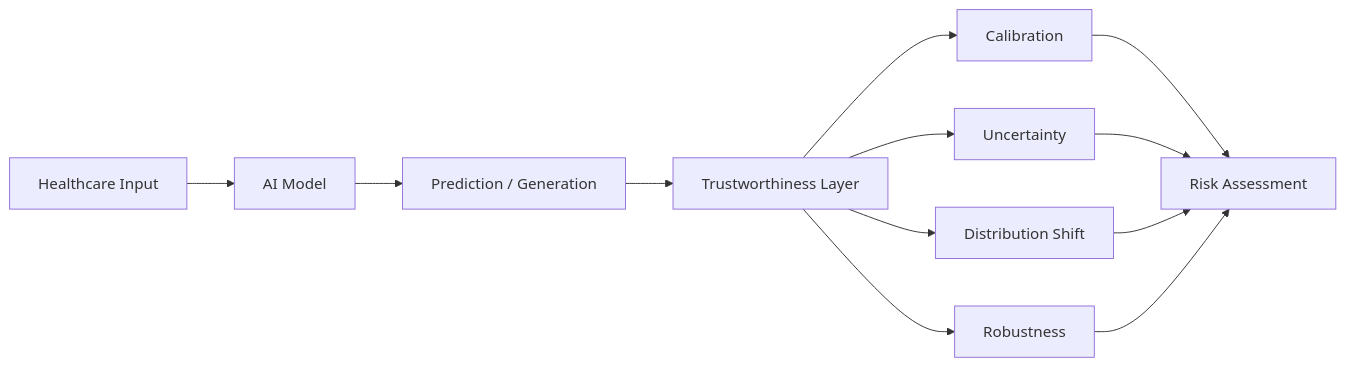
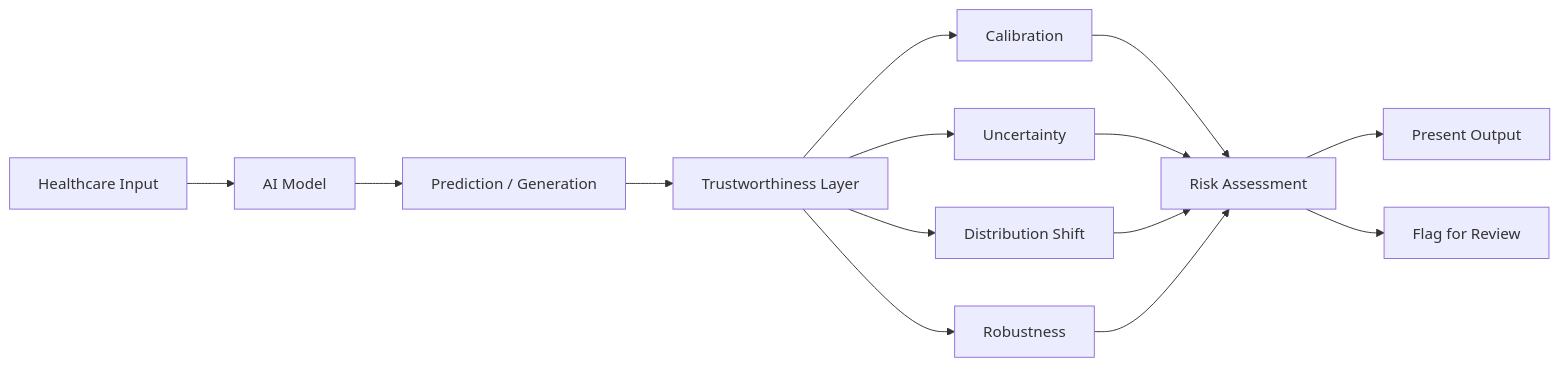
One commit to hammedfataio/trustworthy-healthcare-ai changed diagram 11 of 11 in docs/experiment_002_calibration.md. Above: the diagram before and after it, drawn with Mermaid. The commit also changed other lines of this file, not shown here.

````diff
--- a/docs/experiment_002_calibration.md
+++ b/docs/experiment_002_calibration.md
@@ -921,19 +955,22 @@
 ```mermaid
 flowchart LR
 
     INPUT["Healthcare Input"] --> MODEL["AI Model"]
 
     MODEL --> OUTPUT["Prediction / Generation"]
 
     OUTPUT --> TRUST["Trustworthiness Layer"]
 
     TRUST --> CAL["Calibration"]
     TRUST --> UQ["Uncertainty"]
     TRUST --> SHIFT["Distribution Shift"]
     TRUST --> ROB["Robustness"]
 
     CAL --> RISK["Risk Assessment"]
     UQ --> RISK
     SHIFT --> RISK
     ROB --> RISK
+
+    RISK --> PRESENT["Present Output"]
+    RISK --> REVIEW["Flag for Review"]
 ```
````
